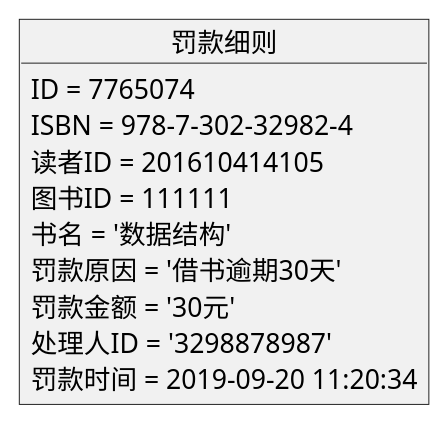
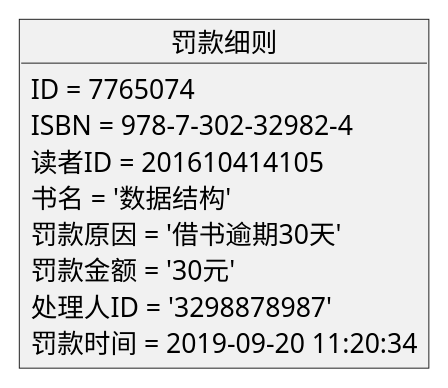
Before and after one commit to Landy7/is_analysis: the diagram in test3/object9.md, drawn with PlantUML. The commit also changed 15 other files, not shown here.

```diff
--- a/test3/object9.md
+++ b/test3/object9.md
@@ -1,17 +1,16 @@
 @startuml
 
 object 罚款细则{
     ID = 7765074
     ISBN = 978-7-302-32982-4
     读者ID = 201610414105
-    图书ID = 111111
     书名 = '数据结构'
     罚款原因 = '借书逾期30天'
     罚款金额 = '30元' 
     处理人ID = '3298878987'
     罚款时间 = 2019-09-20 11:20:34
     
 
  }
 
 @enduml
```
